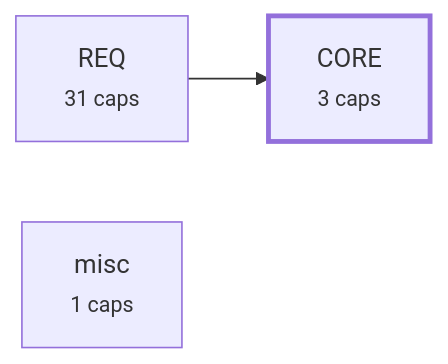
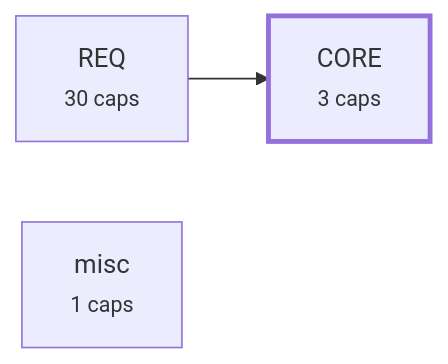
Before and after one commit to alxmax/Requirement-manager: the third of 4 diagrams in plugin/requirements/_map.md, drawn with Mermaid. The commit also changed other lines of this file and 5 other files, not shown here.

First line of the commit message:
chore(roadmap): drop ITEM 4 (internal-consistency lint) — do not build

````diff
--- a/plugin/requirements/_map.md
+++ b/plugin/requirements/_map.md
@@ -267,8 +262,8 @@
 ```mermaid
 graph LR
   a_CORE["CORE<br><small>3 caps</small>"]
-  a_REQ["REQ<br><small>31 caps</small>"]
+  a_REQ["REQ<br><small>30 caps</small>"]
   a_misc["misc<br><small>1 caps</small>"]
   a_REQ --> a_CORE
   style a_CORE stroke-width:3px
 ```
````
